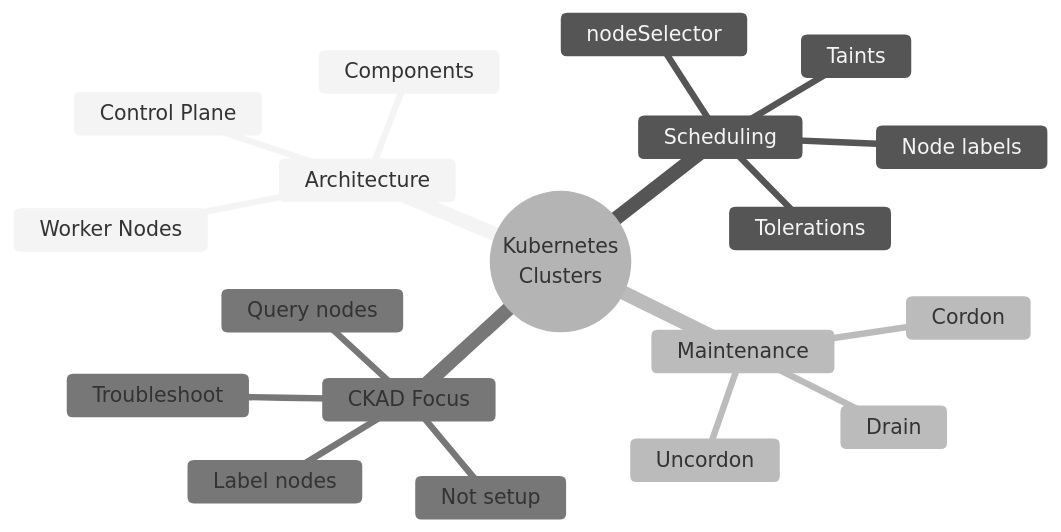
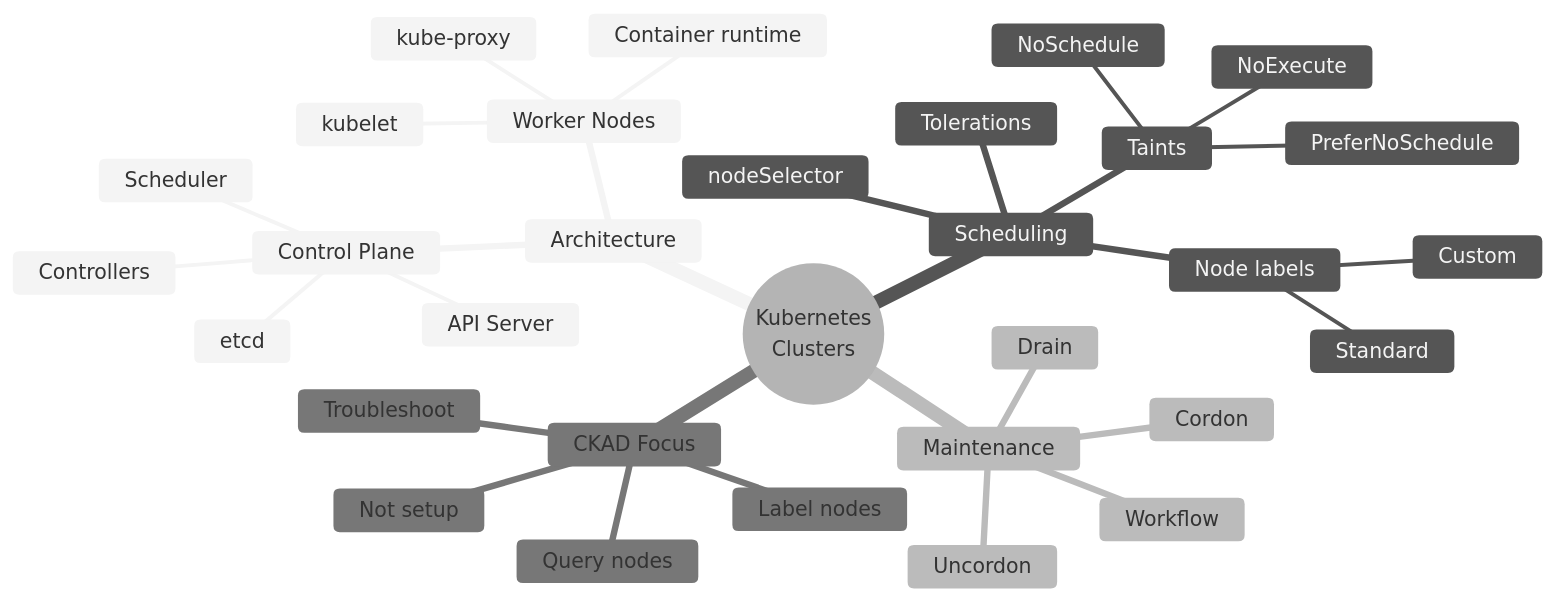
One commit to courselabs/kubernetes changed diagram 11 of 12 in slides/clusters/slides.md. Above: the diagram before and after it, drawn with Mermaid (neutral theme). The commit also changed other lines of this file and 7 other files, not shown here.

````diff
--- a/slides/clusters/slides.md
+++ b/slides/clusters/slides.md
@@ -465,22 +711,34 @@
 ```mermaid
 mindmap
   root((Kubernetes<br/>Clusters))
     Architecture
       Control Plane
+        API Server
+        etcd
+        Scheduler
+        Controllers
       Worker Nodes
-      Components
+        kubelet
+        Container runtime
+        kube-proxy
     Scheduling
       Taints
+        NoSchedule
+        PreferNoSchedule
+        NoExecute
       Tolerations
       Node labels
+        Standard
+        Custom
       nodeSelector
     Maintenance
       Cordon
       Drain
       Uncordon
+      Workflow
     CKAD Focus
       Query nodes
       Label nodes
       Troubleshoot
       Not setup
 ```
````
